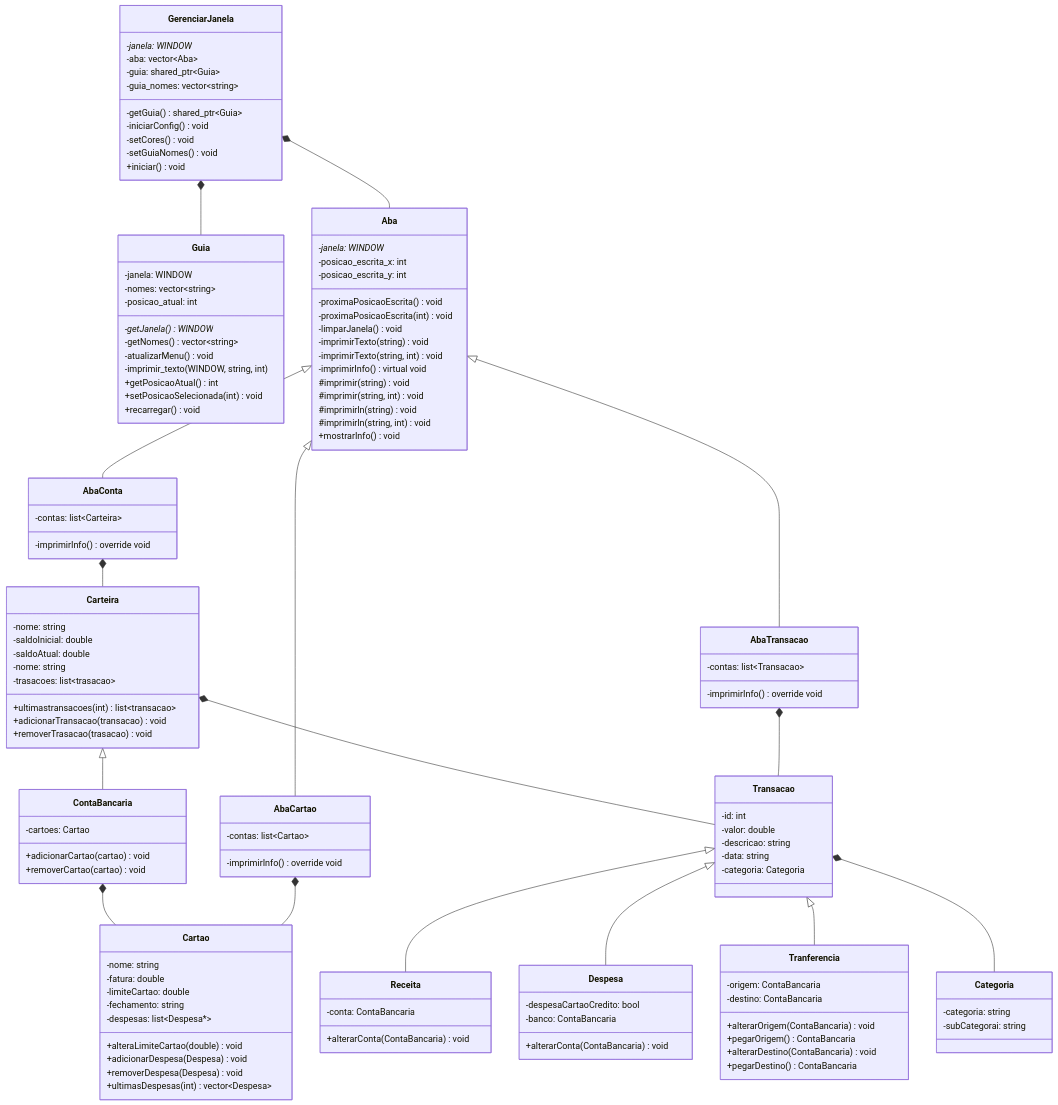
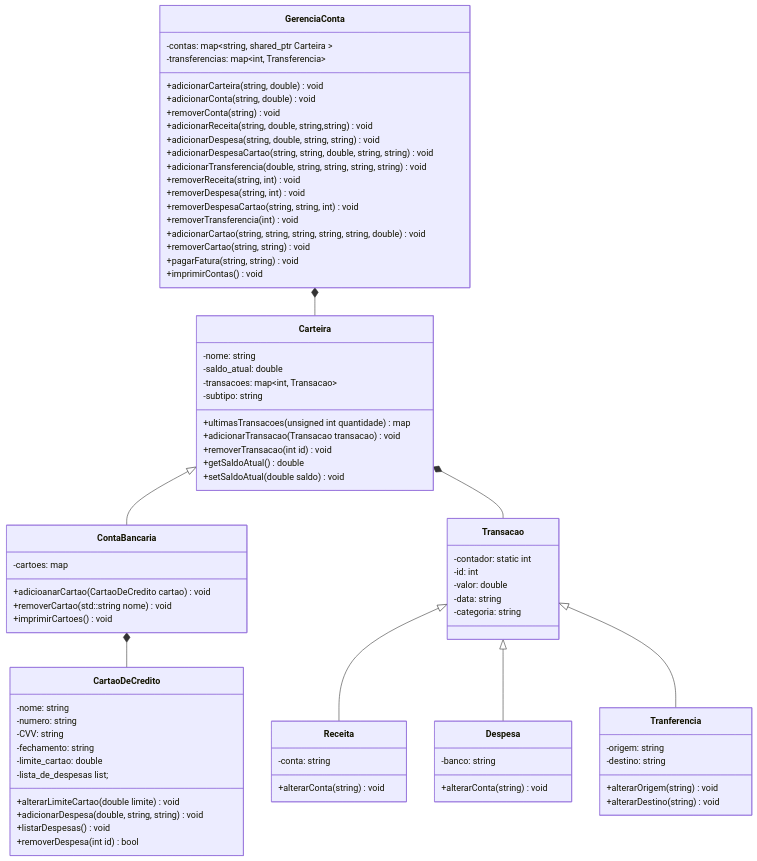
Before and after one commit to Le0-1/projeto-final-pd2: the diagram in docs/diagrama.md, drawn with Mermaid.

Commit message:
atualizar diagrama

````diff
--- a/docs/diagrama.md
+++ b/docs/diagrama.md
@@ -1,41 +1,66 @@
 ```mermaid
 classDiagram
 
+class GerenciaConta {
+    -contas: map~string, shared_ptr Carteira ~
+    -transferencias: map~int, Transferencia~
+
+    +adicionarCarteira(string, double) void
+    +adicionarConta(string, double) void
+    +removerConta(string) void
+    +adicionarReceita(string, double, string,string) void
+    +adicionarDespesa(string, double, string, string) void
+    +adicionarDespesaCartao(string, string, double, string, string) void
+    +adicionarTransferencia(double, string, string, string, string) void
+    +removerReceita(string, int) void
+    +removerDespesa(string, int) void
+    +removerDespesaCartao(string, string, int) void
+    +removerTransferencia(int) void
+    +adicionarCartao(string, string, string, string, string, double) void
+    +removerCartao(string, string) void
+    +pagarFatura(string, string) void
+    +imprimirContas() void
+}
+
+GerenciaConta *-- Carteira
 Carteira <|-- ContaBancaria
 
 Carteira *-- Transacao
-ContaBancaria *-- Cartao
+ContaBancaria *-- CartaoDeCredito
 
 class Carteira {
     -nome: string
-    -saldoInicial: double
-    -saldoAtual: double
-    -nome: string
-    -trasacoes: list~trasacao~
+    -saldo_atual: double
+    -transacoes: map~int, Transacao~
+    -subtipo: string
 
-    +ultimastransacoes(int) list~transacao~
-    +adicionarTransacao(transacao) void
-    +removerTrasacao(trasacao) void
+    +ultimasTransacoes(unsigned int quantidade) map
+    +adicionarTransacao(Transacao transacao) void
+    +removerTransacao(int id) void
+    +getSaldoAtual() double
+    +setSaldoAtual(double saldo) void
 }
 
 class ContaBancaria {
-    -cartoes: Cartao
+    -cartoes: map<string, CartaoDeCredito>
 
-    +adicionarCartao(cartao) void
-    +removerCartao(cartao) void
+    +adicioanarCartao(CartaoDeCredito cartao) void
+    +removerCartao(std::string nome) void 
+    +imprimirCartoes() void
 }
 
-class Cartao {
+class CartaoDeCredito {
     -nome: string
-    -fatura: double
-    -limiteCartao: double
+    -numero: string
+    -CVV: string
     -fechamento: string
-    -despesas: list~Despesa*~
+    -limite_cartao: double
+    -lista_de_despesas list;
 
-    +alteraLimiteCartao(double) void
-    +adicionarDespesa(Despesa) void
-    +removerDespesa(Despesa) void
-    +ultimasDespesas(int) vector~Despesa~
+    +alterarLimiteCartao(double limite) void
+    +adicionarDespesa(double, string, string) void
+    +listarDespesas() void
+    +removerDespesa(int id) bool
     
 }
 
@@ -44,115 +69,31 @@
 Transacao <|-- Tranferencia
 
 class Transacao {
+    -contador: static int
     -id: int
     -valor: double
-    -descricao: string
     -data: string
-    -categoria: Categoria
+    -categoria: string
 }
 
 class Receita {
-    -conta: ContaBancaria 
+    -conta: string 
 
-    +alterarConta(ContaBancaria) void
+    +alterarConta(string) void
 }
 
 class Despesa {
-    -despesaCartaoCredito: bool
-    -banco: ContaBancaria
+    -banco: string
 
-    +alterarConta(ContaBancaria) void
+    +alterarConta(string) void
 }
 
 class Tranferencia {
-    -origem: ContaBancaria
-    -destino: ContaBancaria
+    -origem: string
+    -destino: string
 
-    +alterarOrigem(ContaBancaria) void
-    +pegarOrigem() ContaBancaria
-    +alterarDestino(ContaBancaria) void
-    +pegarDestino() ContaBancaria
+    +alterarOrigem(string) void
+    +alterarDestino(string) void
 }
 
-Transacao *-- Categoria
-
-class Categoria {
-    -categoria: string
-    -subCategorai: string
-}
-
-class GerenciarJanela {
-    -janela: WINDOW*
-    -aba: vector~Aba~
-    -guia: shared_ptr~Guia~
-    -guia_nomes: vector~string~
-    
-    -getGuia() shared_ptr~Guia~
-    -iniciarConfig() void
-    -setCores() void
-    -setGuiaNomes() void
-    +iniciar() void
-}
-
-GerenciarJanela *-- Guia
-GerenciarJanela *-- Aba
-
-class Guia {
-    -janela: WINDOW
-    -nomes: vector~string~
-    -posicao_atual: int
-
-    -getJanela() WINDOW*
-    -getNomes() vector~string~
-    -atualizarMenu() void
-    -imprimir_texto(WINDOW, string, int)
-    +getPosicaoAtual() int
-    +setPosicaoSelecionada(int) void
-    +recarregar() void
-}
-
-class Aba {
-    -janela: WINDOW*
-    -posicao_escrita_x: int 
-    -posicao_escrita_y: int
-
-    -proximaPosicaoEscrita() void
-    -proximaPosicaoEscrita(int) void
-    -limparJanela() void
-    -imprimirTexto(string) void
-    -imprimirTexto(string, int) void
-    -imprimirInfo() virtual void
-    #imprimir(string) void
-    #imprimir(string, int) void
-    #imprimirln(string) void
-    #imprimirln(string, int) void
-    +mostrarInfo() void
-}
-
-Aba <|-- AbaConta
-Aba <|-- AbaCartao
-Aba <|-- AbaTransacao
-
-class AbaConta {
-    -contas: list~Carteira~
-    
-    -imprimirInfo() override void
-}
-
-class AbaCartao {
-    -contas: list~Cartao~
-    
-    -imprimirInfo() override void
-}
-
-class AbaTransacao {
-    -contas: list~Transacao~
-    
-    -imprimirInfo() override void
-}
-
-AbaConta *-- Carteira
-AbaCartao *-- Cartao
-AbaTransacao *-- Transacao
-
 ```
````
